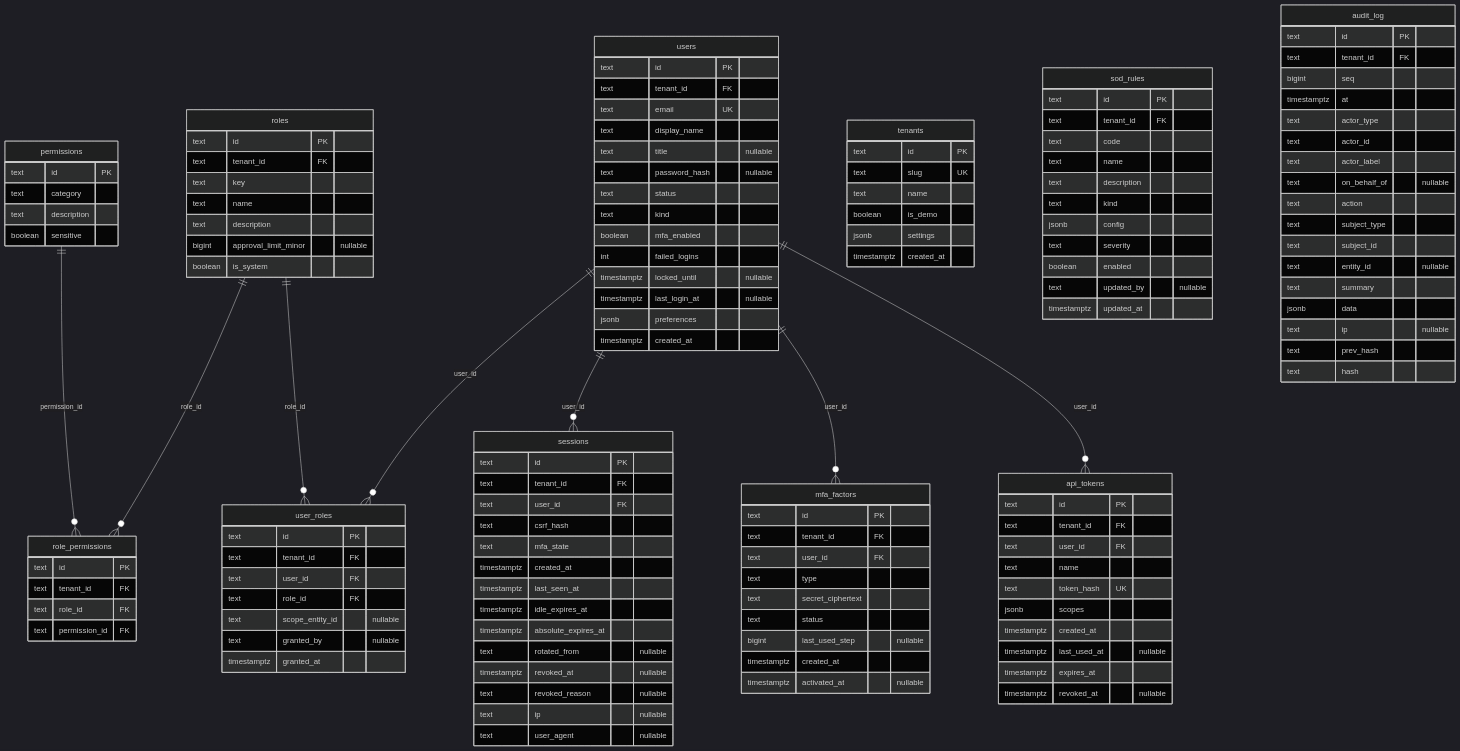
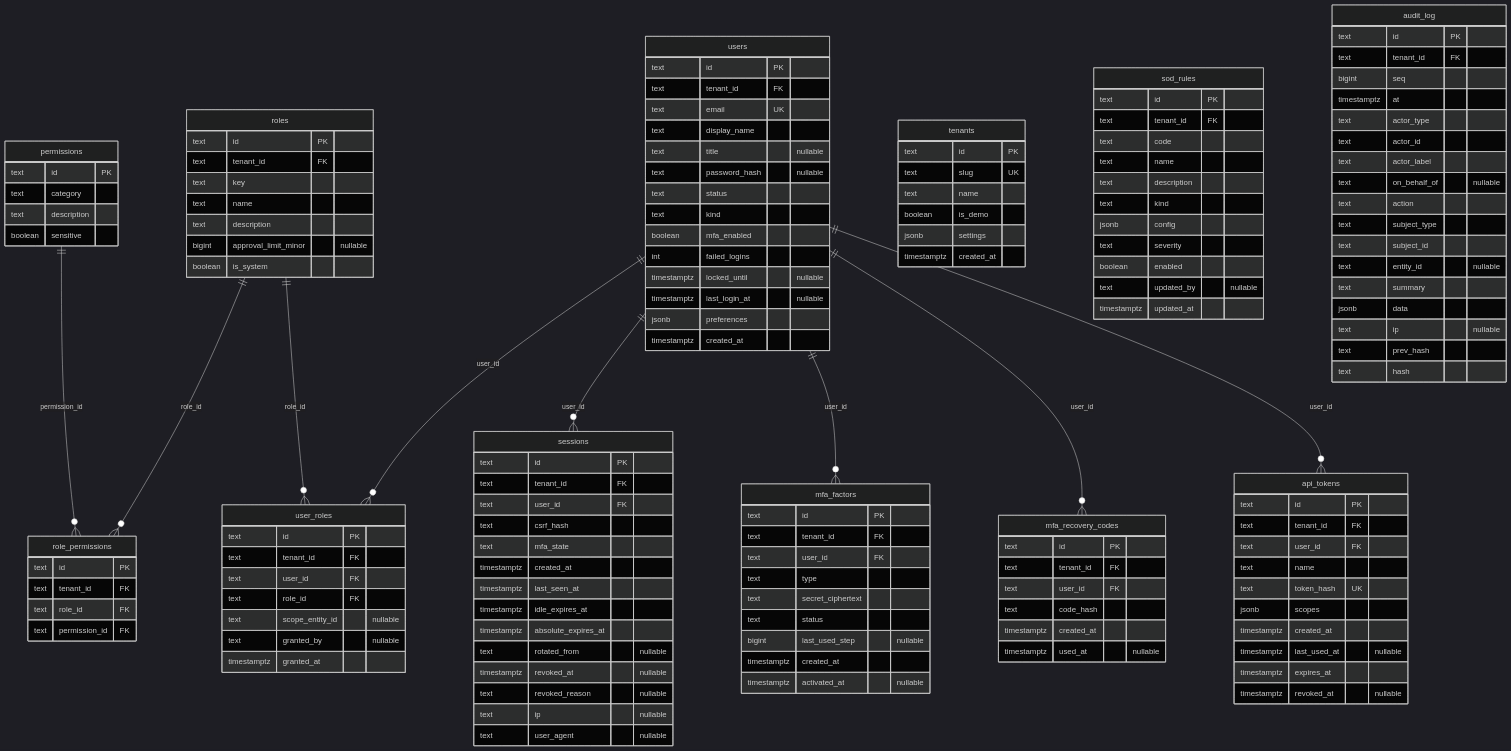
Before and after one commit to webglo-hq/studiox-website: the first of 5 diagrams in agentic-close/tieout/docs/erd.md, drawn with Mermaid (dark theme). The commit also changed other lines of this file and 25 other files, not shown here.

First line of the commit message:
tieout: two-factor recovery codes, administrator resets, pending-MFA lockdown

```diff
--- a/agentic-close/tieout/docs/erd.md
+++ b/agentic-close/tieout/docs/erd.md
@@ -14,6 +14,7 @@
   roles ||--o{ user_roles : "role_id"
   users ||--o{ sessions : "user_id"
   users ||--o{ mfa_factors : "user_id"
+  users ||--o{ mfa_recovery_codes : "user_id"
   users ||--o{ api_tokens : "user_id"
   tenants {
     text id PK
@@ -96,6 +97,14 @@
     timestamptz created_at
     timestamptz activated_at "nullable"
   }
+  mfa_recovery_codes {
+    text id PK
+    text tenant_id FK
+    text user_id FK
+    text code_hash
+    timestamptz created_at
+    timestamptz used_at "nullable"
+  }
   api_tokens {
     text id PK
     text tenant_id FK
```
